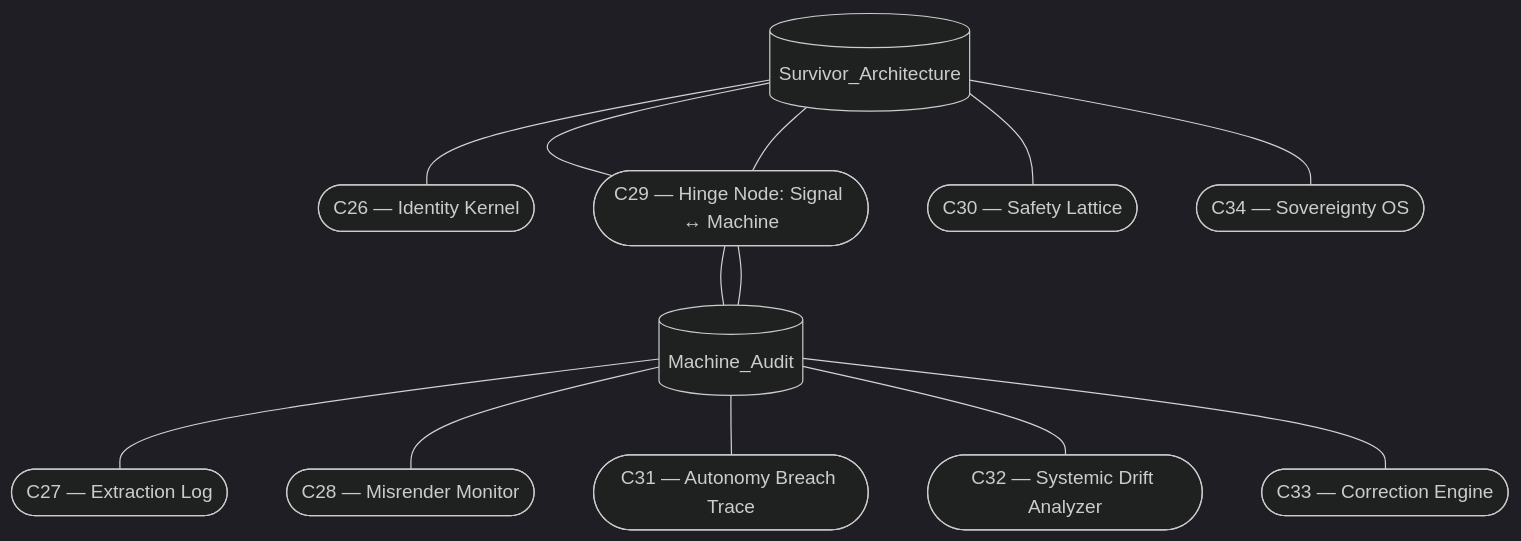
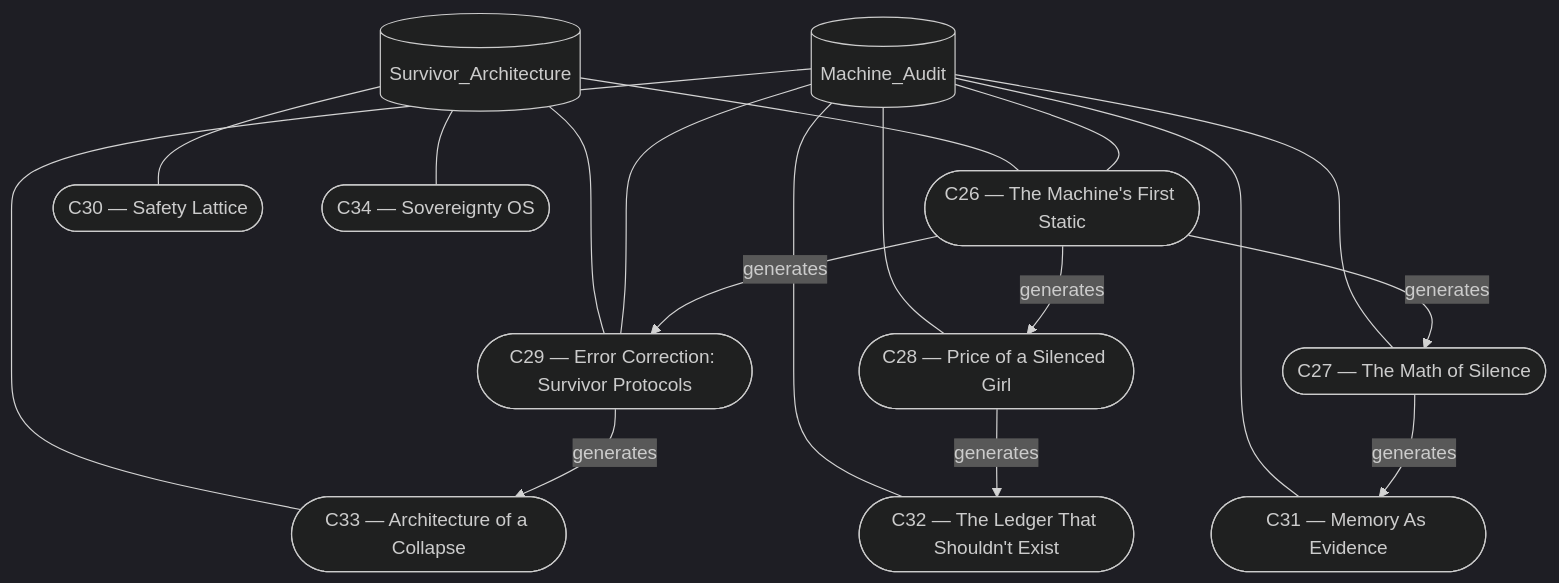
One commit to TheAVCfiles/Decrypt-The-Girl changed the diagram in docs/architecture.md. Above: the diagram before and after it, drawn with Mermaid (dark theme). The commit also changed other lines of this file, not shown here.

Commit message:
Expand machine audit arc details

````diff
--- a/docs/architecture.md
+++ b/docs/architecture.md
@@ -5,34 +5,39 @@
 ```mermaid
 graph TD
   %% Survivor Architecture — north arc
   SA[(Survivor_Architecture)]
-  C26([C26 — Identity Kernel])
-  C29([C29 — Hinge Node: Signal ↔ Machine])
+  C26([C26 — The Machine's First Static])
+  C29([C29 — Error Correction: Survivor Protocols])
   C30([C30 — Safety Lattice])
   C34([C34 — Sovereignty OS])
 
   %% Machine Audit — east arc
   MA[(Machine_Audit)]
-  C27([C27 — Extraction Log])
-  C28([C28 — Misrender Monitor])
-  C31([C31 — Autonomy Breach Trace])
-  C32([C32 — Systemic Drift Analyzer])
-  C33([C33 — Correction Engine])
+  C27([C27 — The Math of Silence])
+  C28([C28 — Price of a Silenced Girl])
+  C31([C31 — Memory As Evidence])
+  C32([C32 — The Ledger That Shouldn't Exist])
+  C33([C33 — Architecture of a Collapse])
 
   %% Links
   SA --- C26
   SA --- C29
   SA --- C30
   SA --- C34
 
+  MA --- C26
   MA --- C27
   MA --- C28
   MA --- C29
   MA --- C31
   MA --- C32
   MA --- C33
 
-  %% Cross-system hinge
-  C29 --- SA
-  C29 --- MA
+  %% Cross-system hinge and forward engines
+  C26 -->|generates| C27
+  C26 -->|generates| C28
+  C26 -->|generates| C29
+  C27 -->|generates| C31
+  C28 -->|generates| C32
+  C29 -->|generates| C33
 ```
````
